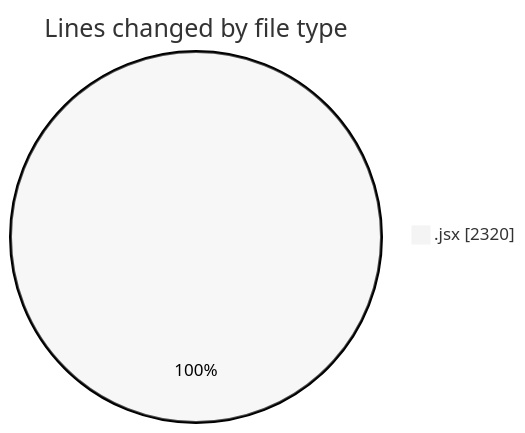
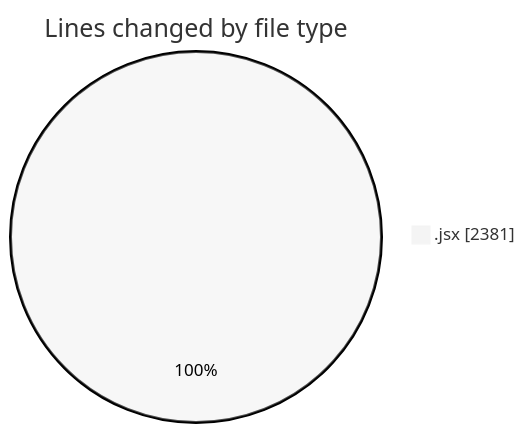
One commit to nxtqubesakshisongat/code-tracking changed the first of 2 diagrams in 2025-05-13/argos-dev/README.md. Above: the diagram before and after it, drawn with Mermaid (neutral theme). The commit also changed other lines of this file and 1 other file, not shown here.

````diff
--- a/2025-05-13/argos-dev/README.md
+++ b/2025-05-13/argos-dev/README.md
@@ -23,5 +23,5 @@
 ```mermaid
 pie showData
 title Lines changed by file type
-".jsx" : 2320
+".jsx" : 2381
 ```
````
